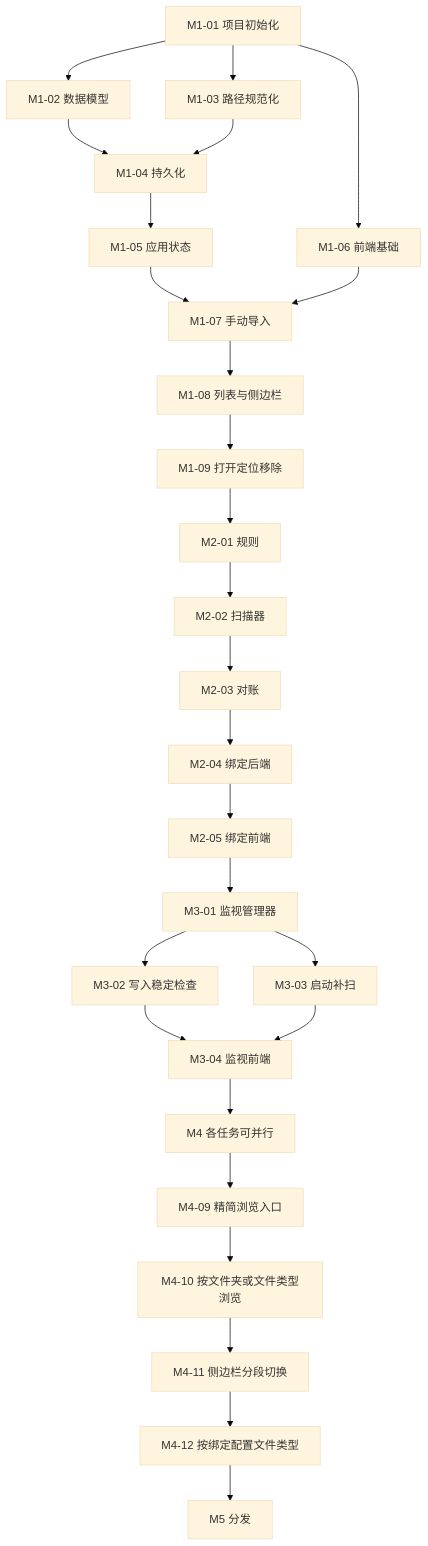
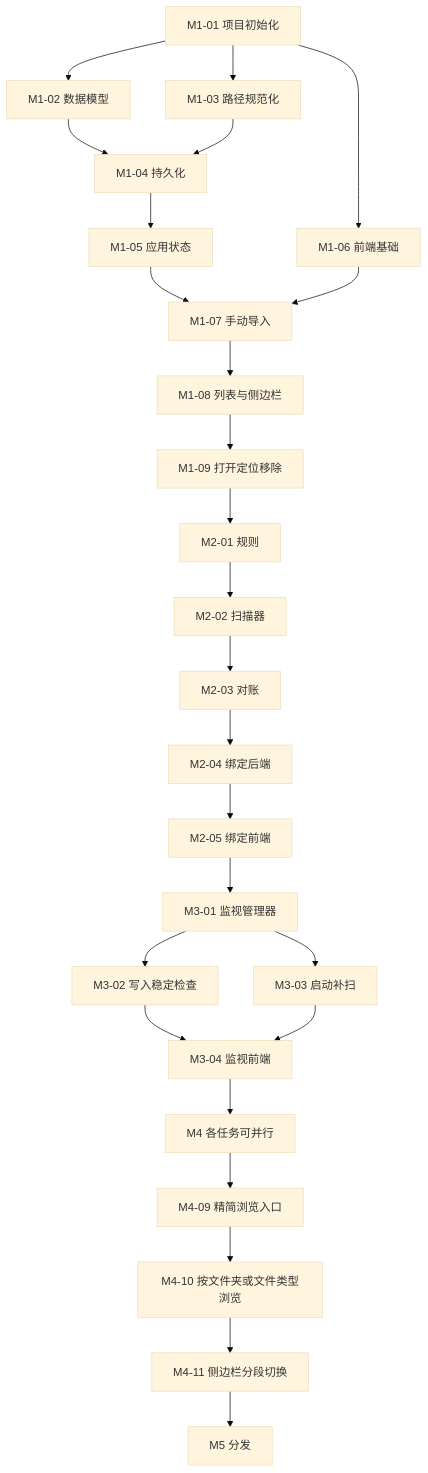
The diagram in docs/PLAN.md (623zhu/file_link), drawn with Mermaid (base theme) before and after one commit. The commit also changed other lines of this file and 17 other files, not shown here.

````diff
--- a/docs/PLAN.md
+++ b/docs/PLAN.md
@@ -102,32 +101,31 @@
 ```mermaid
 flowchart TD
   M1_01[M1-01 项目初始化] --> M1_02[M1-02 数据模型]
   M1_01 --> M1_03[M1-03 路径规范化]
   M1_01 --> M1_06[M1-06 前端基础]
   M1_02 --> M1_04[M1-04 持久化]
   M1_03 --> M1_04
   M1_04 --> M1_05[M1-05 应用状态]
   M1_05 --> M1_07[M1-07 手动导入]
   M1_06 --> M1_07
   M1_07 --> M1_08[M1-08 列表与侧边栏]
   M1_08 --> M1_09[M1-09 打开定位移除]
 
   M1_09 --> M2_01[M2-01 规则]
   M2_01 --> M2_02[M2-02 扫描器]
   M2_02 --> M2_03[M2-03 对账]
   M2_03 --> M2_04[M2-04 绑定后端]
   M2_04 --> M2_05[M2-05 绑定前端]
 
   M2_05 --> M3_01[M3-01 监视管理器]
   M3_01 --> M3_02[M3-02 写入稳定检查]
   M3_01 --> M3_03[M3-03 启动补扫]
   M3_02 --> M3_04[M3-04 监视前端]
   M3_03 --> M3_04
 
   M3_04 --> M4[M4 各任务可并行]
   M4 --> M4_09[M4-09 精简浏览入口]
   M4_09 --> M4_10[M4-10 按文件夹或文件类型浏览]
   M4_10 --> M4_11[M4-11 侧边栏分段切换]
-  M4_11 --> M4_12[M4-12 按绑定配置文件类型]
-  M4_12 --> M5[M5 分发]
+  M4_11 --> M5[M5 分发]
 ```
````
